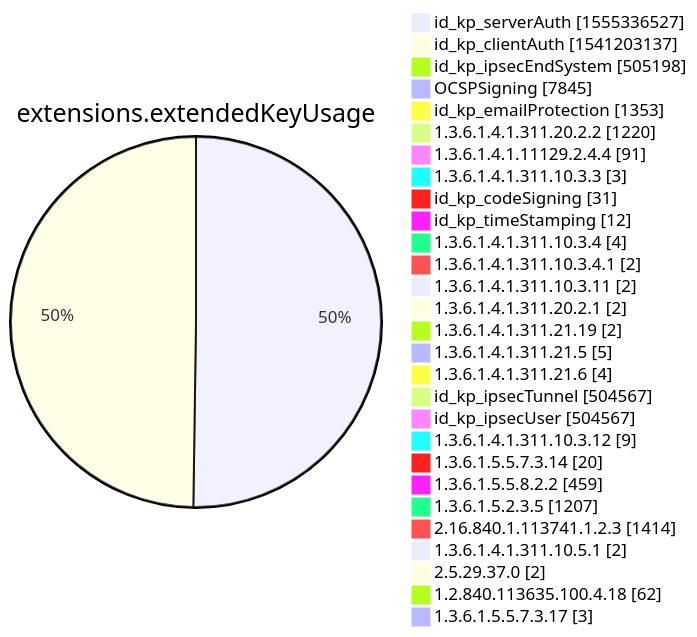
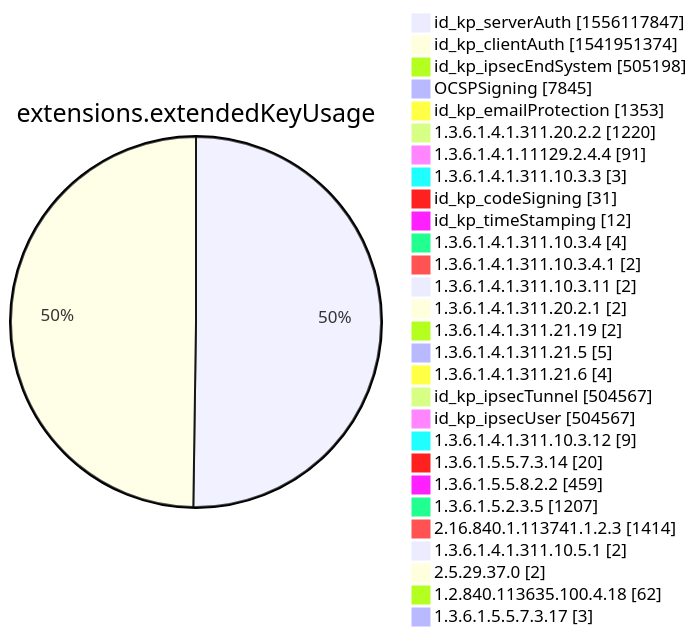
Diagram 12 of 15 in xenon2022/README.md (christiankrug/ctmonitor_visualization), drawn with Mermaid before and after one commit. The commit also changed other lines of this file, not shown here.

````diff
--- a/xenon2022/README.md
+++ b/xenon2022/README.md
@@ -3882,32 +3882,32 @@
 ```mermaid
 pie showData
 title extensions.extendedKeyUsage
-"id_kp_serverAuth" :1555336527
-"id_kp_clientAuth" :1541203137
+"id_kp_serverAuth" :1556117847
+"id_kp_clientAuth" :1541951374
 "id_kp_ipsecEndSystem" :505198
 "OCSPSigning" :7845
 "id_kp_emailProtection" :1353
 "1.3.6.1.4.1.311.20.2.2" :1220
 "1.3.6.1.4.1.11129.2.4.4" :91
 "1.3.6.1.4.1.311.10.3.3" :3
 "id_kp_codeSigning" :31
 "id_kp_timeStamping" :12
 "1.3.6.1.4.1.311.10.3.4" :4
 "1.3.6.1.4.1.311.10.3.4.1" :2
 "1.3.6.1.4.1.311.10.3.11" :2
 "1.3.6.1.4.1.311.20.2.1" :2
 "1.3.6.1.4.1.311.21.19" :2
 "1.3.6.1.4.1.311.21.5" :5
 "1.3.6.1.4.1.311.21.6" :4
 "id_kp_ipsecTunnel" :504567
 "id_kp_ipsecUser" :504567
 "1.3.6.1.4.1.311.10.3.12" :9
 "1.3.6.1.5.5.7.3.14" :20
 "1.3.6.1.5.5.8.2.2" :459
 "1.3.6.1.5.2.3.5" :1207
 "2.16.840.1.113741.1.2.3" :1414
 "1.3.6.1.4.1.311.10.5.1" :2
 "2.5.29.37.0" :2
 "1.2.840.113635.100.4.18" :62
 "1.3.6.1.5.5.7.3.17" :3
 ```
````
